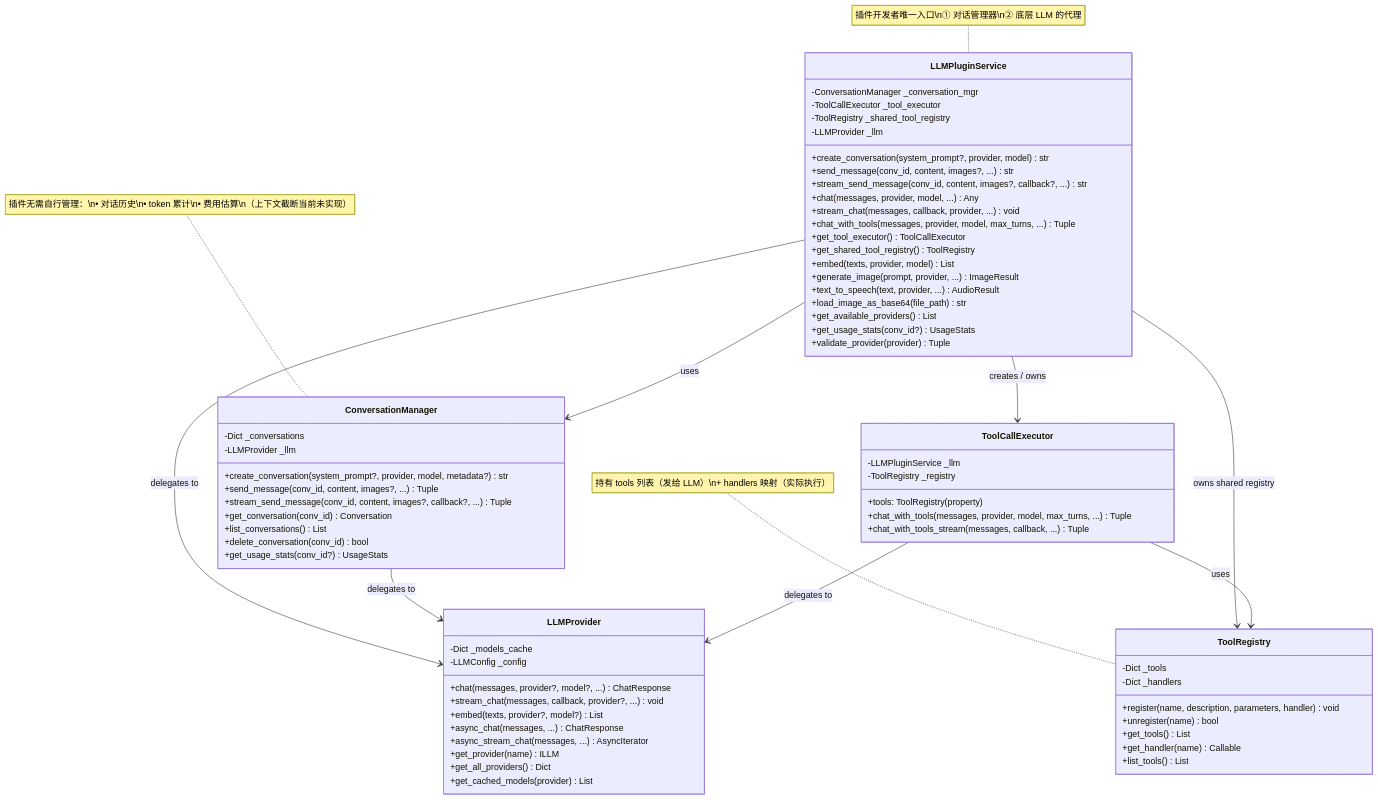
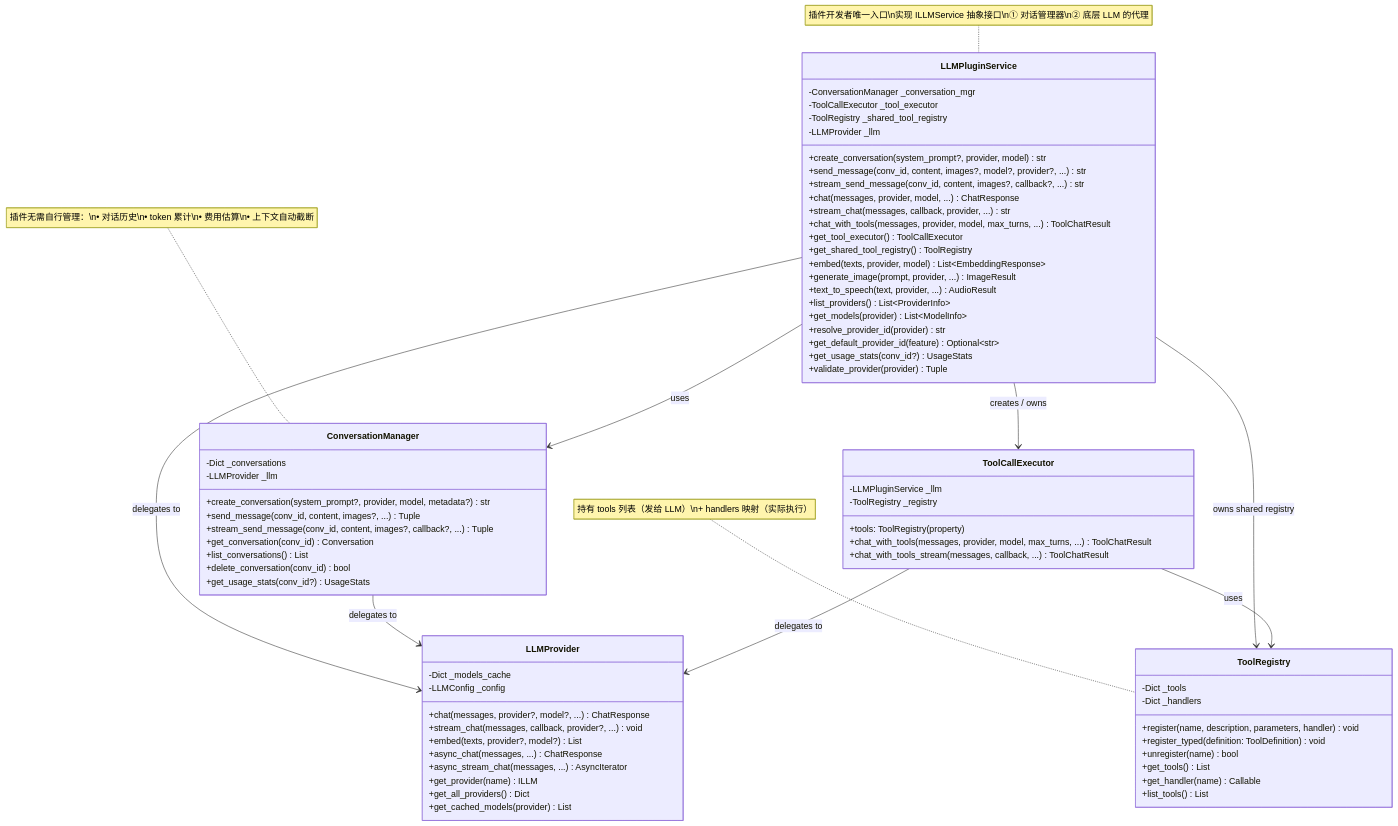
The third of 8 diagrams in docs/core/llm-provider/api-reference.md (KKPIP-Tech/InstructionX), drawn with Mermaid before and after one commit. The commit also changed other lines of this file and 12 other files, not shown here.

Commit message:
docs: 同步 LLM Provider v2 架构文档与 AGENTS.md：预设目录/实例化/适配器注册表/配置 schema v2/ILLMService 接口/UI 新包结构，清理 ILLMFacade 与旧文件残留引用

````diff
--- a/docs/core/llm-provider/api-reference.md
+++ b/docs/core/llm-provider/api-reference.md
@@ -1120,18 +1251,20 @@
         -ToolRegistry _shared_tool_registry
         -LLMProvider _llm
         +create_conversation(system_prompt?, provider, model) str
-        +send_message(conv_id, content, images?, ...) str
+        +send_message(conv_id, content, images?, model?, provider?, ...) str
         +stream_send_message(conv_id, content, images?, callback?, ...) str
-        +chat(messages, provider, model, ...) Any
-        +stream_chat(messages, callback, provider, ...) void
-        +chat_with_tools(messages, provider, model, max_turns, ...) Tuple
+        +chat(messages, provider, model, ...) ChatResponse
+        +stream_chat(messages, callback, provider, ...) str
+        +chat_with_tools(messages, provider, model, max_turns, ...) ToolChatResult
         +get_tool_executor() ToolCallExecutor
         +get_shared_tool_registry() ToolRegistry
-        +embed(texts, provider, model) List
+        +embed(texts, provider, model) List~EmbeddingResponse~
         +generate_image(prompt, provider, ...) ImageResult
         +text_to_speech(text, provider, ...) AudioResult
-        +load_image_as_base64(file_path) str
-        +get_available_providers() List
+        +list_providers() List~ProviderInfo~
+        +get_models(provider) List~ModelInfo~
+        +resolve_provider_id(provider) str
+        +get_default_provider_id(feature) Optional~str~
         +get_usage_stats(conv_id?) UsageStats
         +validate_provider(provider) Tuple
     }
@@ -1152,14 +1285,15 @@
         -LLMPluginService _llm
         -ToolRegistry _registry
         +tools: ToolRegistry (property)
-        +chat_with_tools(messages, provider, model, max_turns, ...) Tuple
-        +chat_with_tools_stream(messages, callback, ...) Tuple
+        +chat_with_tools(messages, provider, model, max_turns, ...) ToolChatResult
+        +chat_with_tools_stream(messages, callback, ...) ToolChatResult
     }
 
     class ToolRegistry {
         -Dict _tools
         -Dict _handlers
         +register(name, description, parameters, handler) void
+        +register_typed(definition: ToolDefinition) void
         +unregister(name) bool
         +get_tools() List
         +get_handler(name) Callable
@@ -1188,7 +1322,7 @@
     ToolCallExecutor --> ToolRegistry : uses
     ToolCallExecutor --> LLMProvider : delegates to
 
-    note for LLMPluginService "插件开发者唯一入口\n① 对话管理器\n② 底层 LLM 的代理"
-    note for ConversationManager "插件无需自行管理：\n• 对话历史\n• token 累计\n• 费用估算\n（上下文截断当前未实现）"
+    note for LLMPluginService "插件开发者唯一入口\n实现 ILLMService 抽象接口\n① 对话管理器\n② 底层 LLM 的代理"
+    note for ConversationManager "插件无需自行管理：\n• 对话历史\n• token 累计\n• 费用估算\n• 上下文自动截断"
     note for ToolRegistry "持有 tools 列表（发给 LLM）\n+ handlers 映射（实际执行）"
 ```
````
